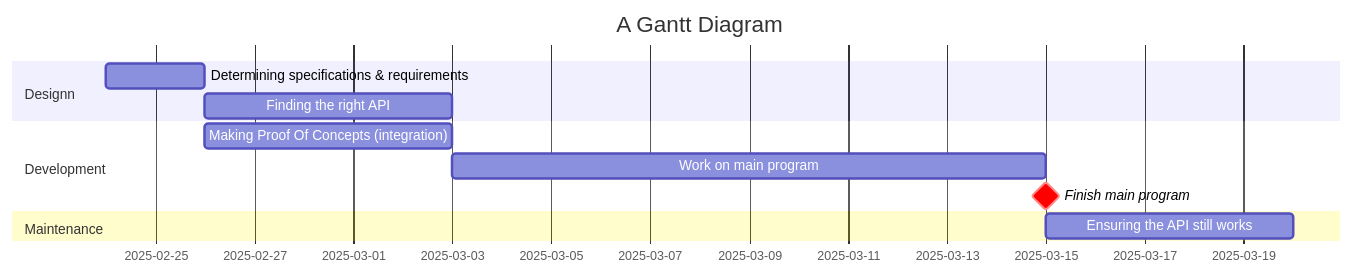
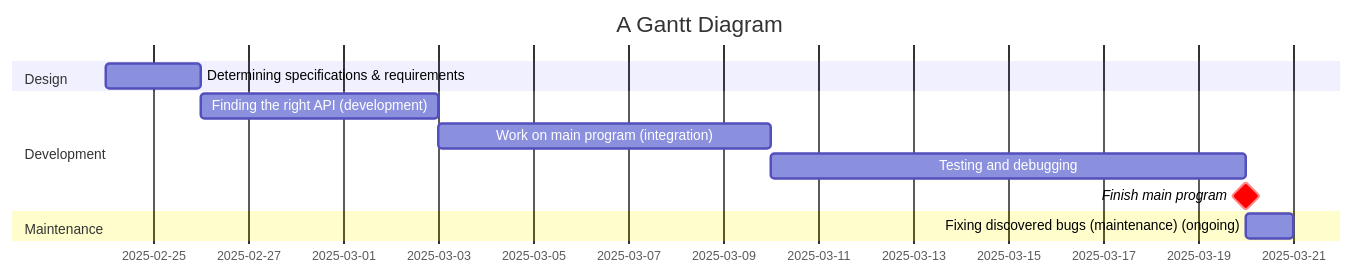
The first of 4 diagrams in theory/DEVELOPMENT.md (Tsunami014/3D-Map), drawn with Mermaid before and after one commit. The commit also changed other lines of this file and 1 other file, not shown here.

First line of the commit message:
Fixed the flowcharts, adding slightly to other documentation.

````diff
--- a/theory/DEVELOPMENT.md
+++ b/theory/DEVELOPMENT.md
@@ -25,14 +25,14 @@
 ```mermaid
 gantt
     title A Gantt Diagram
     dateFormat DD-MM-YY
-    section Designn
+    section Design
         Determining specifications & requirements   :24-02-25, 26-02-25
-        Finding the right API        :26-02-25, 03-03-25
     section Development
-        Making Proof Of Concepts (integration)    :26-02-25, 03-03-25
-        Work on main program         :03-03-25, 15-03-25
-        Finish main program          :milestone, crit, dne, 15-03-25, 0d
+        Finding the right API (development)        :26-02-25, 03-03-25
+        Work on main program (integration)         :03-03-25, 10-03-25
+        Testing and debugging                      :10-03-25, 20-03-25
+        Finish main program          :milestone, crit, dne, 20-03-25, 0d
     section Maintenance
-        Ensuring the API still works :after dne, 5d
+        Fixing discovered bugs (maintenance) (ongoing) :after dne, 1d
 ```
````
